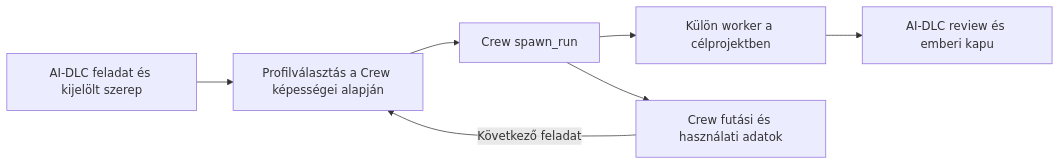
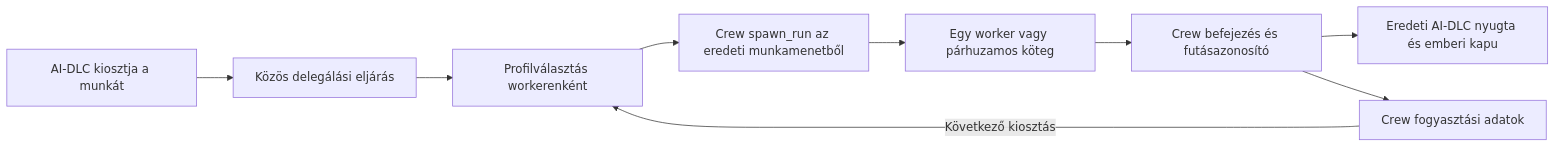
The diagram in docs/ROUTING_ARCHITECTURE_PROPOSAL.md (Zsombor0918/MultiAgenticSystem), drawn with Mermaid before and after one commit. The commit also changed other lines of this file, not shown here.

Commit message:
docs: detail shared AI-DLC delegation architecture

````diff
--- a/docs/ROUTING_ARCHITECTURE_PROPOSAL.md
+++ b/docs/ROUTING_ARCHITECTURE_PROPOSAL.md
@@ -24,9 +15,11 @@
 ```mermaid
 flowchart LR
-    A[AI-DLC feladat és kijelölt szerep] --> B[Profilválasztás a Crew képességei alapján]
-    B --> C[Crew spawn_run]
-    C --> D[Külön worker a célprojektben]
-    D --> E[AI-DLC review és emberi kapu]
-    C --> F[Crew futási és használati adatok]
-    F -->|Következő feladat| B
+  A["AI-DLC kiosztja a munkát"] --> B["Közös delegálási eljárás"]
+  B --> C["Profilválasztás workerenként"]
+  C --> D["Crew spawn_run az eredeti munkamenetből"]
+  D --> E["Egy worker vagy párhuzamos köteg"]
+  E --> F["Crew befejezés és futásazonosító"]
+  F --> G["Eredeti AI-DLC nyugta és emberi kapu"]
+  F --> H["Crew fogyasztási adatok"]
+  H -->|"Következő kiosztás"| C
 ```
````
